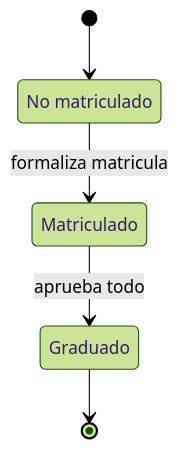
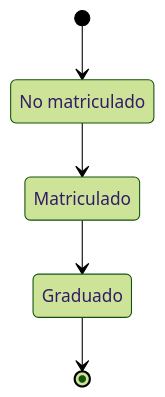
Diagram 15 of 15 in README.md (gerardfp/uml), drawn with Mermaid (forest theme) before and after one commit. The commit also changed other lines of this file, not shown here.

````diff
--- a/README.md
+++ b/README.md
@@ -277,10 +278,10 @@
 ```mermaid
 stateDiagram-v2
     state "No matriculado" as nomatriculado
     state "Matriculado" as matriculado
     state "Graduado" as graduado
     [*] --> nomatriculado
-    nomatriculado --> matriculado: formaliza matricula
-    matriculado --> graduado: aprueba todo
+    nomatriculado --> matriculado
+    matriculado --> graduado
     graduado --> [*]
 ```
````
